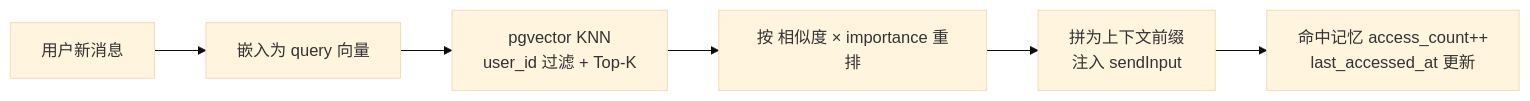
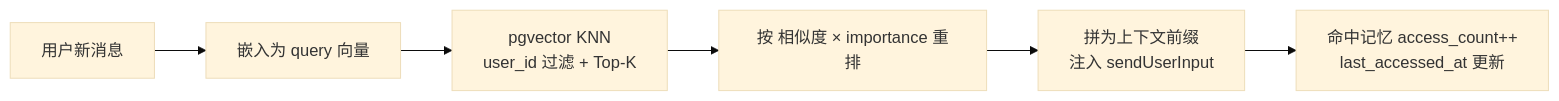
Diagram 12 of 15 in docs/02-Architecture.md (ygq-future/ai-cli-hub), drawn with Mermaid (base theme) before and after one commit. The commit also changed other lines of this file and 7 other files, not shown here.

````diff
--- a/docs/02-Architecture.md
+++ b/docs/02-Architecture.md
@@ -492,8 +505,8 @@
 ```mermaid
 flowchart LR
     IN[用户新消息] --> Q[嵌入为 query 向量]
     Q --> KNN[pgvector KNN<br/>user_id 过滤 + Top-K]
     KNN --> RANK[按 相似度 × importance 重排]
-    RANK --> INJ[拼为上下文前缀<br/>注入 sendInput]
+    RANK --> INJ[拼为上下文前缀<br/>注入 sendUserInput]
     INJ --> UPD[命中记忆 access_count++<br/>last_accessed_at 更新]
 ```
````
